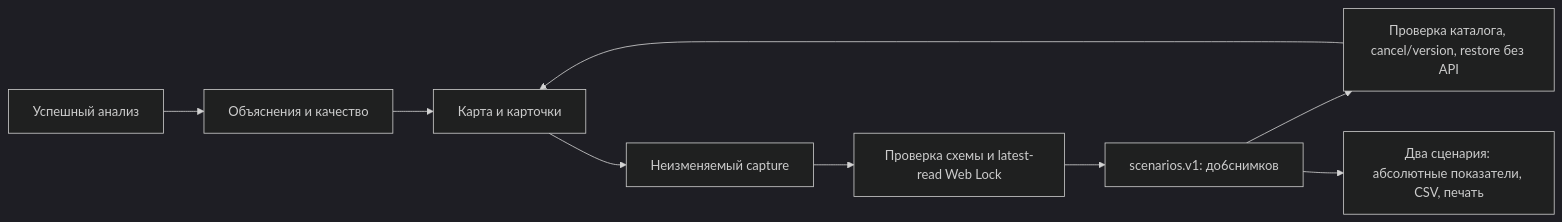
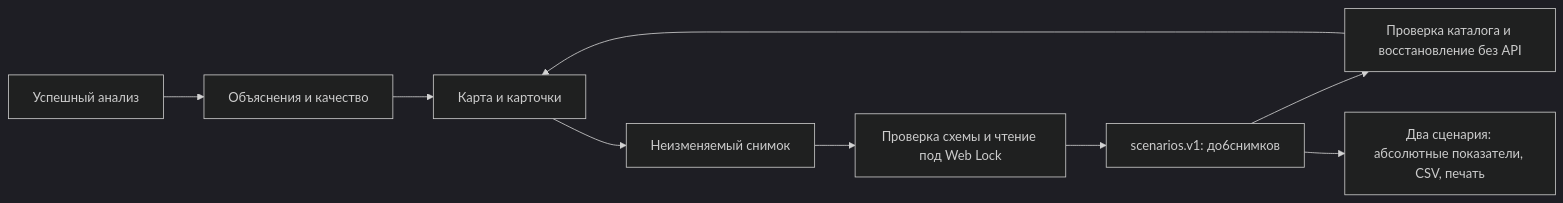
One commit to MidoriMacbook/geomarketing-lipetsk changed the second of 2 diagrams in docs/architecture/data-flow.md. Above: the diagram before and after it, drawn with Mermaid (dark theme). The commit also changed other lines of this file and 45 other files, not shown here.

````diff
--- a/docs/architecture/data-flow.md
+++ b/docs/architecture/data-flow.md
@@ -59,11 +59,11 @@
 ```mermaid
 flowchart LR
   A[Успешный анализ] --> E[Объяснения и качество]
   E --> U[Карта и карточки]
-  U --> C[Неизменяемый capture]
-  C --> V[Проверка схемы и latest-read Web Lock]
+  U --> C[Неизменяемый снимок]
+  C --> V[Проверка схемы и чтение под Web Lock]
   V --> S[scenarios.v1: до6снимков]
-  S --> R[Проверка каталога, cancel/version, restore без API]
+  S --> R[Проверка каталога и восстановление без API]
   R --> U
   S --> P[Два сценария: абсолютные показатели, CSV, печать]
 ```
````
